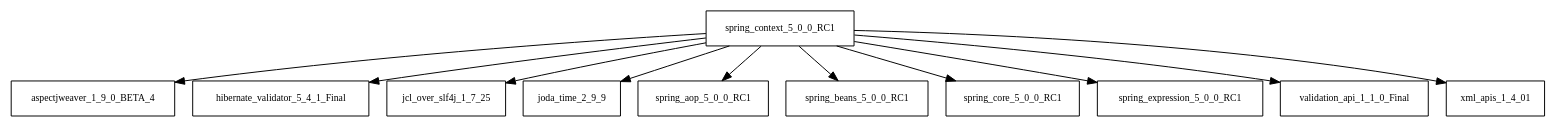
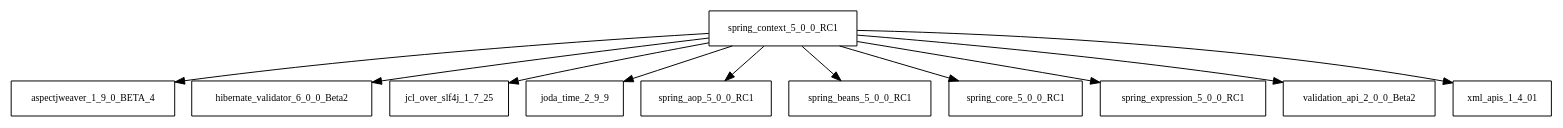
One commit to AglaianWoman/cia changed the diagram in tattleTaleReport/graphviz/spring-context-5.0.0.RC1.jar/spring-context-5.0.0.RC1.jar.dot. Above: the diagram before and after it, drawn with Graphviz. The commit also changed 2185 other files, not shown here.

```diff
--- a/tattleTaleReport/graphviz/spring-context-5.0.0.RC1.jar/spring-context-5.0.0.RC1.jar.dot
+++ b/tattleTaleReport/graphviz/spring-context-5.0.0.RC1.jar/spring-context-5.0.0.RC1.jar.dot
@@ -1,13 +1,13 @@
 digraph spring_context_5_0_0_RC1_dependencies {
   node [shape = box, fontsize=10.0];
   spring_context_5_0_0_RC1 -> aspectjweaver_1_9_0_BETA_4;
-  spring_context_5_0_0_RC1 -> hibernate_validator_5_4_1_Final;
+  spring_context_5_0_0_RC1 -> hibernate_validator_6_0_0_Beta2;
   spring_context_5_0_0_RC1 -> jcl_over_slf4j_1_7_25;
   spring_context_5_0_0_RC1 -> joda_time_2_9_9;
   spring_context_5_0_0_RC1 -> spring_aop_5_0_0_RC1;
   spring_context_5_0_0_RC1 -> spring_beans_5_0_0_RC1;
   spring_context_5_0_0_RC1 -> spring_core_5_0_0_RC1;
   spring_context_5_0_0_RC1 -> spring_expression_5_0_0_RC1;
-  spring_context_5_0_0_RC1 -> validation_api_1_1_0_Final;
+  spring_context_5_0_0_RC1 -> validation_api_2_0_0_Beta2;
   spring_context_5_0_0_RC1 -> xml_apis_1_4_01;
 }
```
